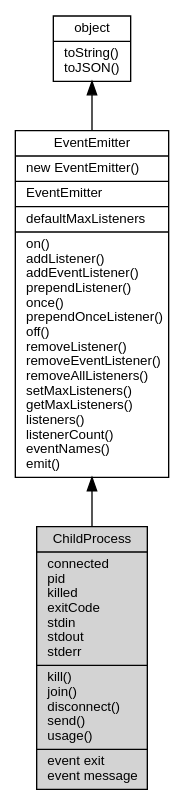
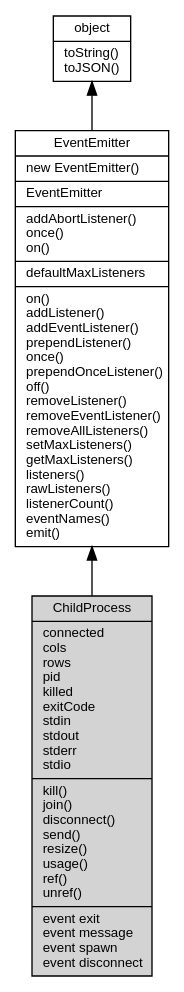
Before and after one commit to fibjs/fibjs.org: the diagram in docs/manual/object/ifs/ChildProcess.md, drawn with Graphviz. The commit also changed other lines of this file and 148 other files, not shown here.

First line of the commit message:
feat: add ZlibCodec documentation and update object graph

````diff
--- a/docs/manual/object/ifs/ChildProcess.md
+++ b/docs/manual/object/ifs/ChildProcess.md
@@ -10,12 +10,12 @@
 ```dot
 digraph {
     node [fontname="Helvetica,sans-Serif", fontsize=10, shape="record", style="filled", fillcolor="white"];
 
     object [tooltip="object", URL="object.md", label="{object|toString()\ltoJSON()\l}"];
-    EventEmitter [tooltip="EventEmitter", URL="EventEmitter.md", label="{EventEmitter|new EventEmitter()\l|EventEmitter\l|defaultMaxListeners\l|on()\laddListener()\laddEventListener()\lprependListener()\lonce()\lprependOnceListener()\loff()\lremoveListener()\lremoveEventListener()\lremoveAllListeners()\lsetMaxListeners()\lgetMaxListeners()\llisteners()\llistenerCount()\leventNames()\lemit()\l}"];
-    ChildProcess [tooltip="ChildProcess", fillcolor="lightgray", id="me", label="{ChildProcess|connected\lpid\lkilled\lexitCode\lstdin\lstdout\lstderr\l|kill()\ljoin()\ldisconnect()\lsend()\lusage()\l|event exit\levent message\l}"];
+    EventEmitter [tooltip="EventEmitter", URL="EventEmitter.md", label="{EventEmitter|new EventEmitter()\l|EventEmitter\l|addAbortListener()\lonce()\lon()\l|defaultMaxListeners\l|on()\laddListener()\laddEventListener()\lprependListener()\lonce()\lprependOnceListener()\loff()\lremoveListener()\lremoveEventListener()\lremoveAllListeners()\lsetMaxListeners()\lgetMaxListeners()\llisteners()\lrawListeners()\llistenerCount()\leventNames()\lemit()\l}"];
+    ChildProcess [tooltip="ChildProcess", fillcolor="lightgray", id="me", label="{ChildProcess|connected\lcols\lrows\lpid\lkilled\lexitCode\lstdin\lstdout\lstderr\lstdio\l|kill()\ljoin()\ldisconnect()\lsend()\lresize()\lusage()\lref()\lunref()\l|event exit\levent message\levent spawn\levent disconnect\l}"];
 
     object -> EventEmitter [dir=back];
     EventEmitter -> ChildProcess [dir=back];
 }
 ```
````
